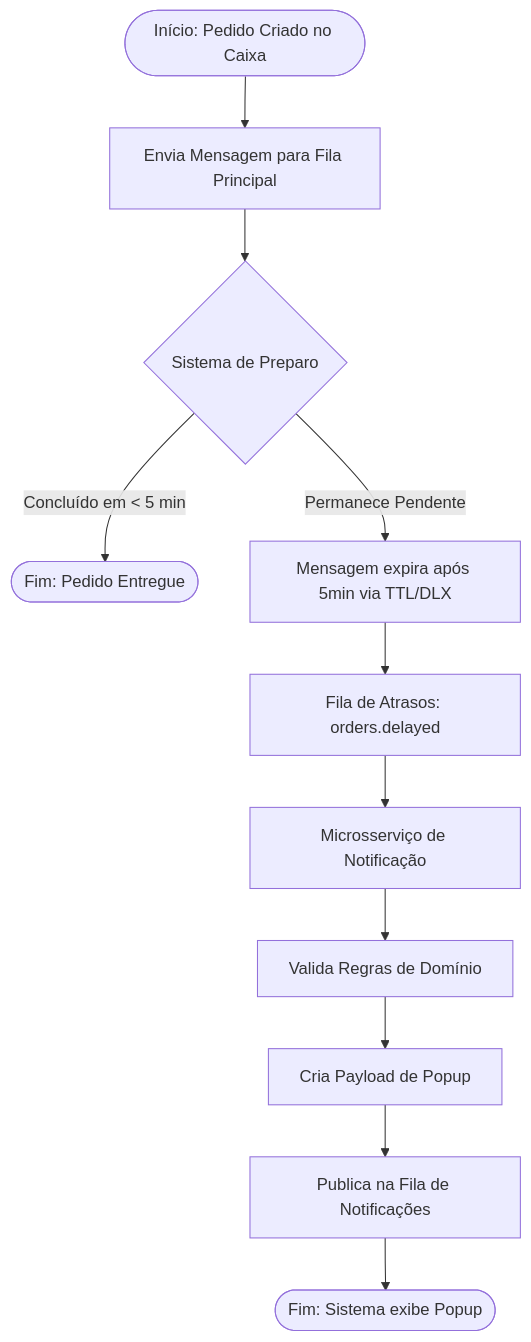
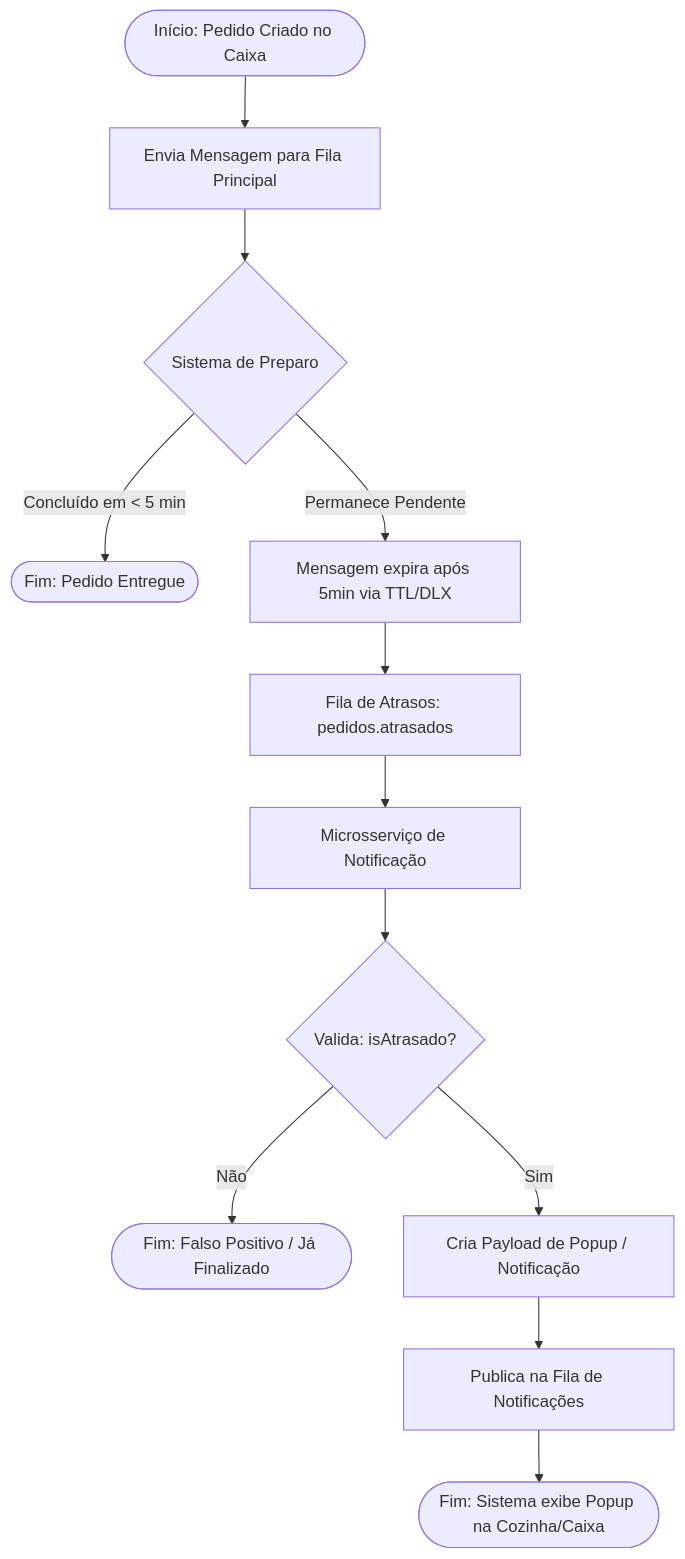
Before and after one commit to GuiTrevizSPTech/kento-cafe-notifications: the third of 3 diagrams in docs/ARCHITECTURE.md, drawn with Mermaid.

Commit message:
Update architecture diagram for order processing flow

````diff
--- a/docs/ARCHITECTURE.md
+++ b/docs/ARCHITECTURE.md
@@ -121,17 +121,19 @@
 ```mermaid
 flowchart TD
     A([Início: Pedido Criado no Caixa]) --> B[Envia Mensagem para Fila Principal]
     B --> C{Sistema de Preparo}
     
     C -->|Concluído em < 5 min| D([Fim: Pedido Entregue])
     
     C -->|Permanece Pendente| E[Mensagem expira após 5min via TTL/DLX]
-    E --> F[Fila de Atrasos: orders.delayed]
+    E --> F[Fila de Atrasos: pedidos.atrasados]
     
     F --> G[Microsserviço de Notificação]
-    G --> H[Valida Regras de Domínio]
-    H --> I[Cria Payload de Popup]
+    G --> H{Valida: isAtrasado?}
+    
+    H -->|Não| L([Fim: Falso Positivo / Já Finalizado])
+    H -->|Sim| I[Cria Payload de Popup / Notificação]
+    
     I --> J[Publica na Fila de Notificações]
-    
-    J --> K([Fim: Sistema exibe Popup])
+    J --> K([Fim: Sistema exibe Popup na Cozinha/Caixa])
 ```
````
